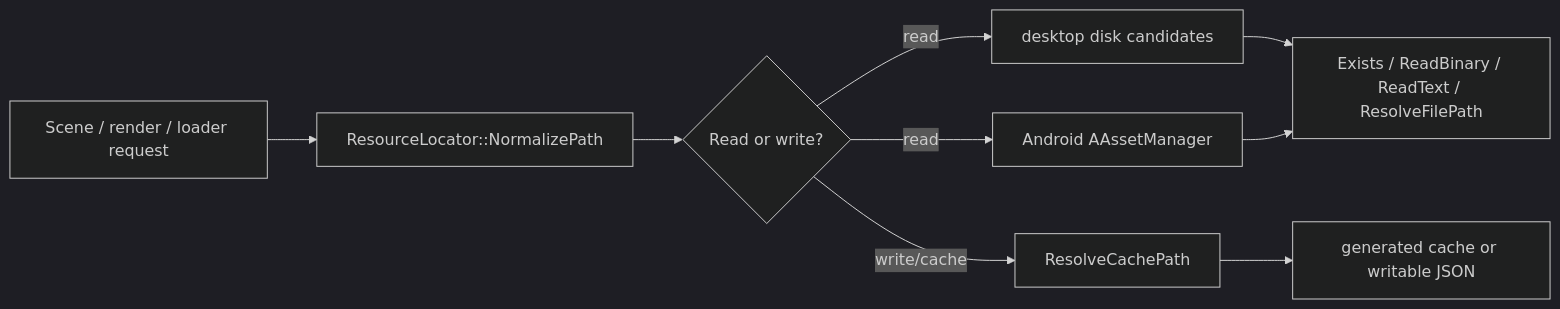
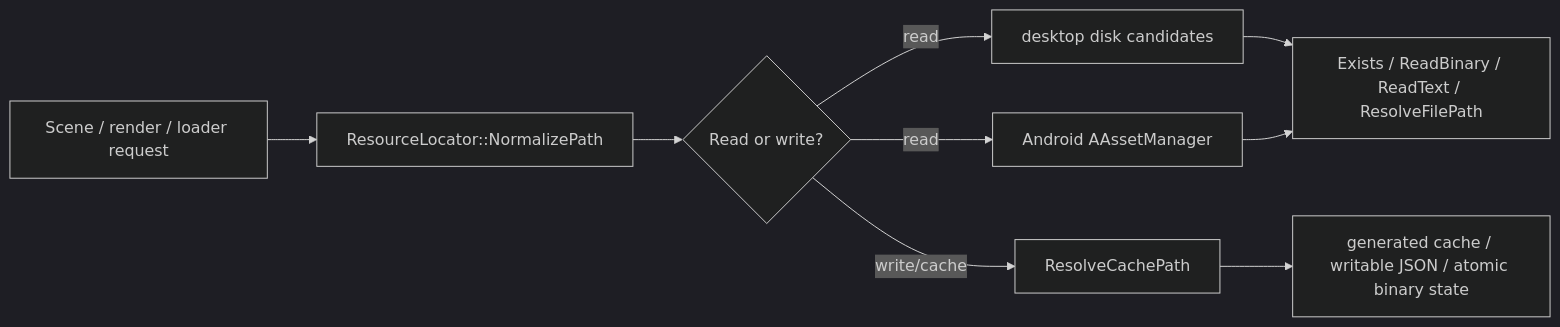
One commit to 0Camus0/T850 changed the first of 4 diagrams in documentation/architecture/resource-locator.md. Above: the diagram before and after it, drawn with Mermaid (dark theme). The commit also changed other lines of this file and 167 other files, not shown here.

````diff
--- a/documentation/architecture/resource-locator.md
+++ b/documentation/architecture/resource-locator.md
@@ -31,11 +31,11 @@
 ```mermaid
 flowchart LR
   Request["Scene / render / loader request"] --> Normalize["ResourceLocator::NormalizePath"]
   Normalize --> ReadOrWrite{"Read or write?"}
   ReadOrWrite -->|read| Desktop["desktop disk candidates"]
   ReadOrWrite -->|read| Android["Android AAssetManager"]
   ReadOrWrite -->|write/cache| Cache["ResolveCachePath"]
   Desktop --> Result["Exists / ReadBinary / ReadText / ResolveFilePath"]
   Android --> Result
-  Cache --> CacheFile["generated cache or writable JSON"]
+  Cache --> CacheFile["generated cache / writable JSON / atomic binary state"]
 ```
````
